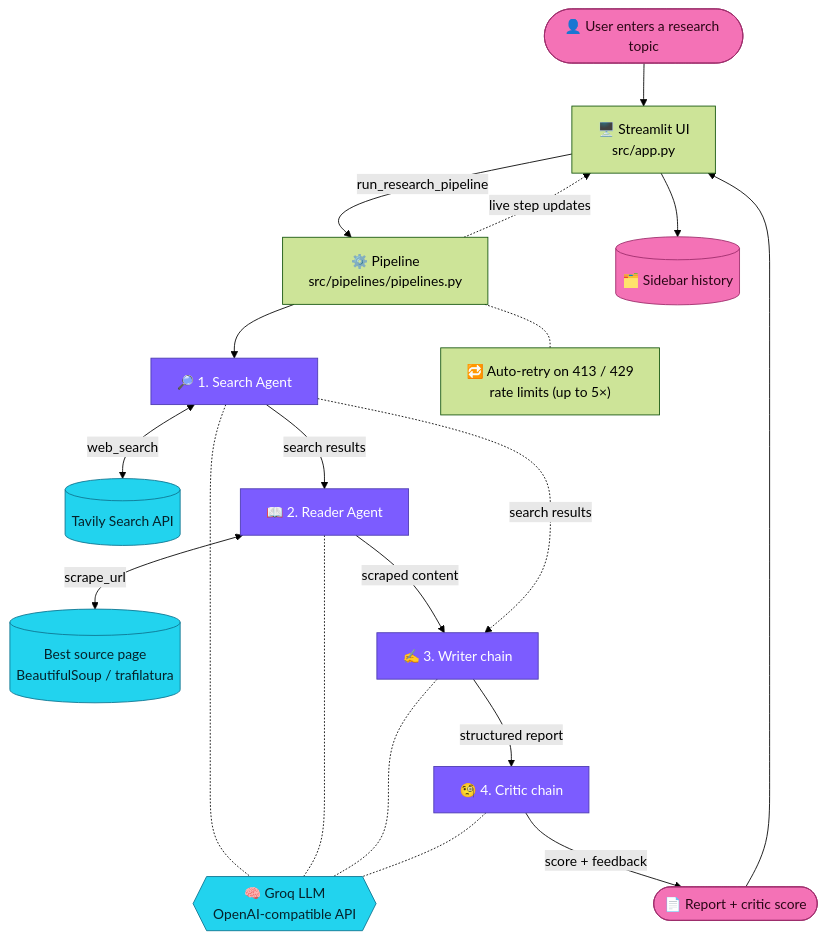
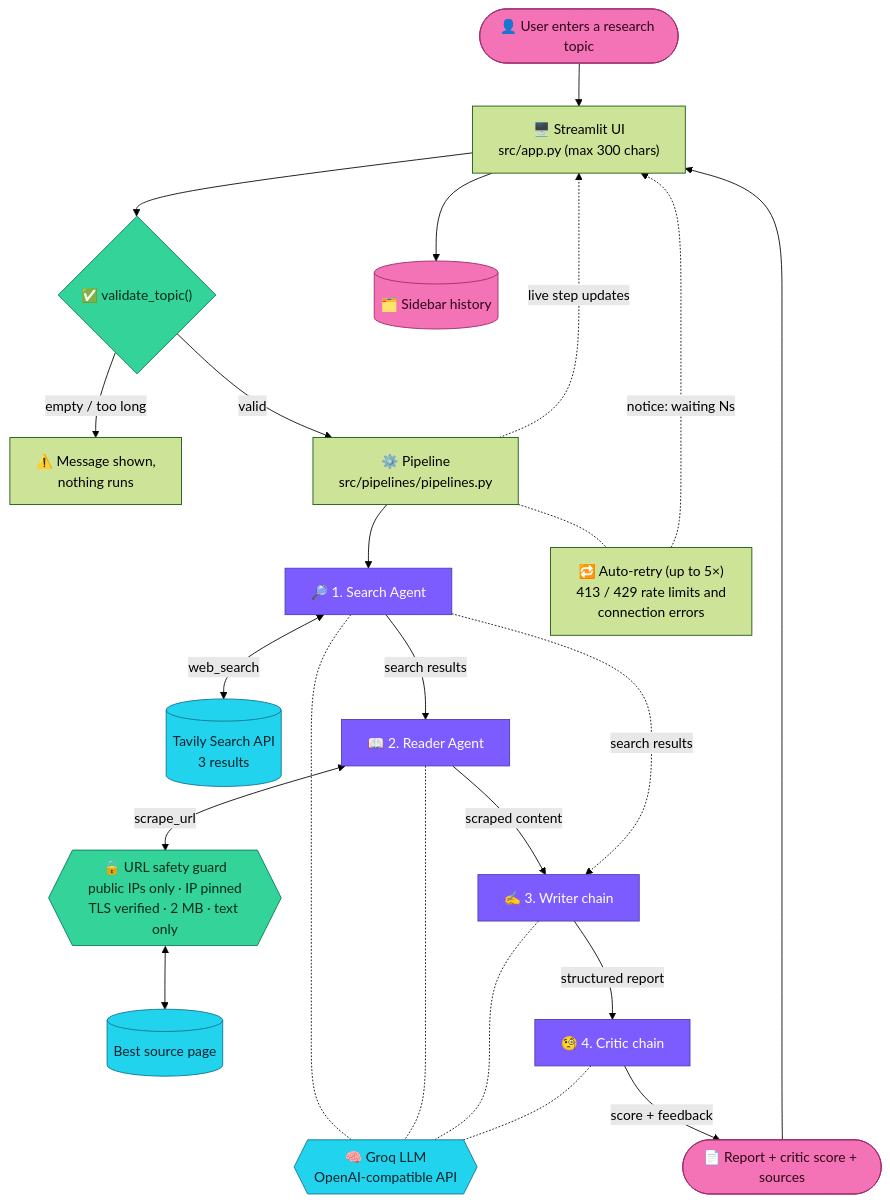
One commit to Janardhan-AIConsultant/LangChainMultiAgentResearchSystem changed the diagram in README.md. Above: the diagram before and after it, drawn with Mermaid (forest theme). The commit also changed other lines of this file and 4 other files, not shown here.

First line of the commit message:
Update README and docs; add application flow infographic

````diff
--- a/README.md
+++ b/README.md
@@ -20,35 +28,41 @@
 ```mermaid
 flowchart TD
-    U([👤 User enters a research topic]) --> UI["🖥️ Streamlit UI<br/>src/app.py"]
-    UI -->|run_research_pipeline| P["⚙️ Pipeline<br/>src/pipelines/pipelines.py"]
+    U([👤 User enters a research topic]) --> UI["🖥️ Streamlit UI<br/>src/app.py (max 300 chars)"]
+    UI --> V{"✅ validate_topic()"}
+    V -->|empty / too long| ERR["⚠️ Message shown,<br/>nothing runs"]
+    V -->|valid| P["⚙️ Pipeline<br/>src/pipelines/pipelines.py"]
 
     P --> S["🔎 1. Search Agent"]
-    S <-->|web_search| T1[("Tavily Search API")]
+    S <-->|web_search| T1[("Tavily Search API<br/>3 results")]
     S -->|search results| R["📖 2. Reader Agent"]
-    R <-->|scrape_url| T2[("Best source page<br/>BeautifulSoup / trafilatura")]
+    R <-->|scrape_url| G{{"🔒 URL safety guard<br/>public IPs only · IP pinned<br/>TLS verified · 2 MB · text only"}}
+    G <--> T2[("Best source page")]
     R -->|scraped content| W["✍️ 3. Writer chain"]
     S -.->|search results| W
     W -->|structured report| C["🧐 4. Critic chain"]
     C -->|score + feedback| OUT
 
     LLM{{"🧠 Groq LLM<br/>OpenAI-compatible API"}}
     S -.- LLM
     R -.- LLM
     W -.- LLM
     C -.- LLM
 
-    RETRY["🔁 Auto-retry on 413 / 429<br/>rate limits (up to 5×)"]
+    RETRY["🔁 Auto-retry (up to 5×)<br/>413 / 429 rate limits and<br/>connection errors"]
     P -.- RETRY
+    RETRY -. "notice: waiting Ns" .-> UI
 
-    OUT(["📄 Report + critic score"]) --> UI
+    OUT(["📄 Report + critic score + sources"]) --> UI
     UI --> H[("🗂️ Sidebar history")]
 
     P -. live step updates .-> UI
 
     classDef agent fill:#7c5cff,stroke:#4c3bb0,color:#fff;
     classDef ext fill:#22d3ee,stroke:#0e7490,color:#06222a;
     classDef io fill:#f472b6,stroke:#9d2c6b,color:#2a0716;
+    classDef guard fill:#34d399,stroke:#047857,color:#032a1b;
     class S,R,W,C agent;
     class T1,T2,LLM ext;
     class U,OUT,H io;
+    class G,V guard;
 ```
````
